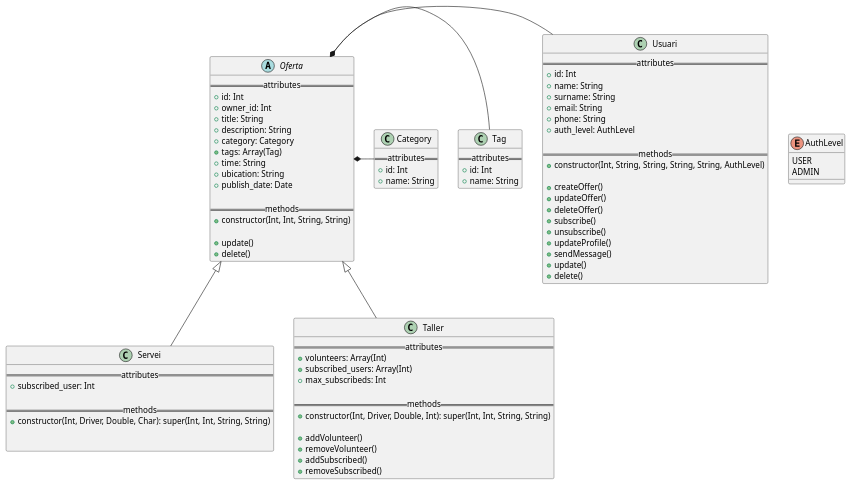
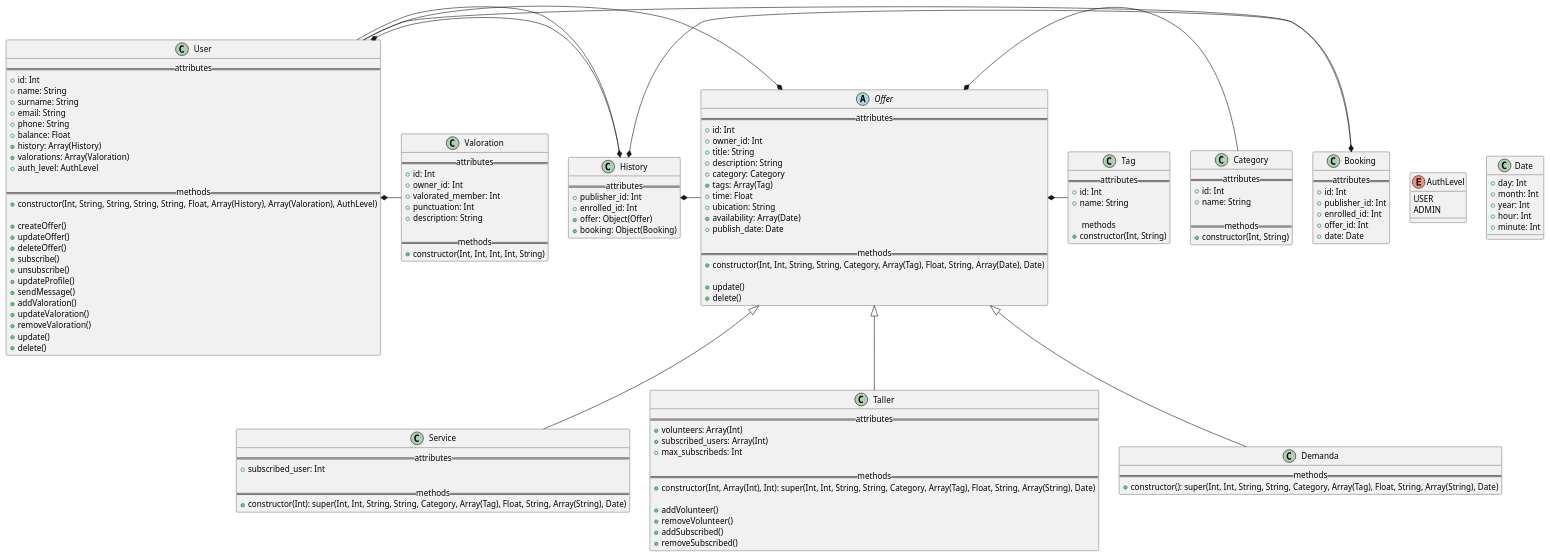
Before and after one commit to picuu/itb-proyecto-final: the diagram in static/diagrama-clases.puml, drawn with PlantUML. The commit also changed 2 other files, not shown here.

Commit message:
update classes diagram: add Valoration, History, Booking, Date classes and update Offer, Category, and Tag classes

```diff
--- a/static/diagrama-clases.puml
+++ b/static/diagrama-clases.puml
@@ -1,92 +1,157 @@
-@startuml diagrama+clases
+@startuml diagrama-clases
 
-class Usuari {
+class User {
   == attributes ==
   + id: Int
   + name: String
   + surname: String
   + email: String
   + phone: String
+  + balance: Float
+  + history: Array(History)
+  + valorations: Array(Valoration)
   + auth_level: AuthLevel
 
   == methods ==
-  + constructor(Int, String, String, String, String, AuthLevel)
+  + constructor(Int, String, String, String, String, Float, Array(History), Array(Valoration), AuthLevel)
 
   + createOffer()
   + updateOffer()
   + deleteOffer()
   + subscribe()
   + unsubscribe()
   + updateProfile()
   + sendMessage()
+  + addValoration()
+  + updateValoration()
+  + removeValoration()
   + update()
   + delete()
 }
 
 enum AuthLevel {
   USER
   ADMIN
 }
 
+class Valoration {
+  == attributes ==
+  + id: Int
+  + owner_id: Int
+  + valorated_member: Int
+  + punctuation: Int
+  + description: String
+
+  == methods ==
+  + constructor(Int, Int, Int, Int, String)
+}
+
+class History {
+  == attributes ==
+  + publisher_id: Int
+  + enrolled_id: Int
+  + offer: Object(Offer)
+  + booking: Object(Booking)
+}
+
+class Booking {
+  == attributes ==
+  + id: Int
+  + publisher_id: Int
+  + enrolled_id: Int
+  + offer_id: Int
+  + date: Date
+}
+
+class Date {
+  + day: Int
+  + month: Int
+  + year: Int
+  + hour: Int
+  + minute: Int
+}
+
 class Category {
   == attributes ==
   + id: Int
   + name: String
+
+  == methods ==
+  + constructor(Int, String)
 }
 
 class Tag {
   == attributes ==
   + id: Int
   + name: String
+
+    == methods ==
+  + constructor(Int, String)
 }
 
-Abstract class Oferta {
+Abstract class Offer {
   == attributes ==
   + id: Int 
   + owner_id: Int
   + title: String
   + description: String
   + category: Category
   + tags: Array(Tag)
-  + time: String
+  + time: Float
   + ubication: String
+  + availability: Array(Date)
   + publish_date: Date
 
   == methods ==
-  + constructor(Int, Int, String, String)
+  + constructor(Int, Int, String, String, Category, Array(Tag), Float, String, Array(Date), Date)
 
   + update()
   + delete()
 }
 
-class Servei {
+class Service {
   == attributes ==
   + subscribed_user: Int
 
   == methods ==
-  + constructor(Int, Driver, Double, Char): super(Int, Int, String, String)
-
-
+  + constructor(Int): super(Int, Int, String, String, Category, Array(Tag), Float, String, Array(String), Date)
 }
 
 class Taller {
   == attributes ==
   + volunteers: Array(Int)
   + subscribed_users: Array(Int)
   + max_subscribeds: Int
 
   == methods ==
-  + constructor(Int, Driver, Double, Int): super(Int, Int, String, String)
+  + constructor(Int, Array(Int), Int): super(Int, Int, String, String, Category, Array(Tag), Float, String, Array(String), Date)
 
   + addVolunteer()
   + removeVolunteer()
   + addSubscribed()
   + removeSubscribed()
 }
 
-Oferta <|-- Servei
-Oferta <|-- Taller
-Oferta *- Usuari
-Oferta *- Tag
-Oferta *- Category
+class Demanda {
+  == methods ==
+  + constructor(): super(Int, Int, String, String, Category, Array(Tag), Float, String, Array(String), Date)
+}
+
+User *- History
+User *- Valoration
+
+History *- User
+History *- Offer
+History *- Booking
+
+Booking *- User
+
+Offer *- User
+Offer *- Tag
+Offer *- Category
+
+Offer <|-- Service
+Offer <|-- Taller
+Offer <|-- Demanda
+
 @enduml
```
